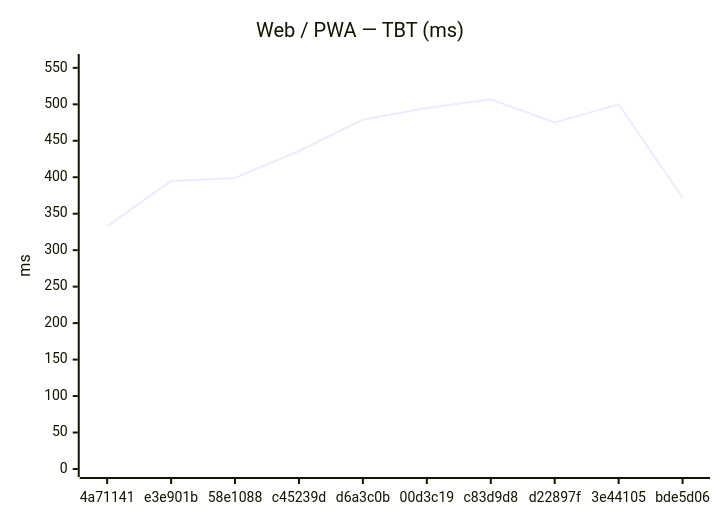
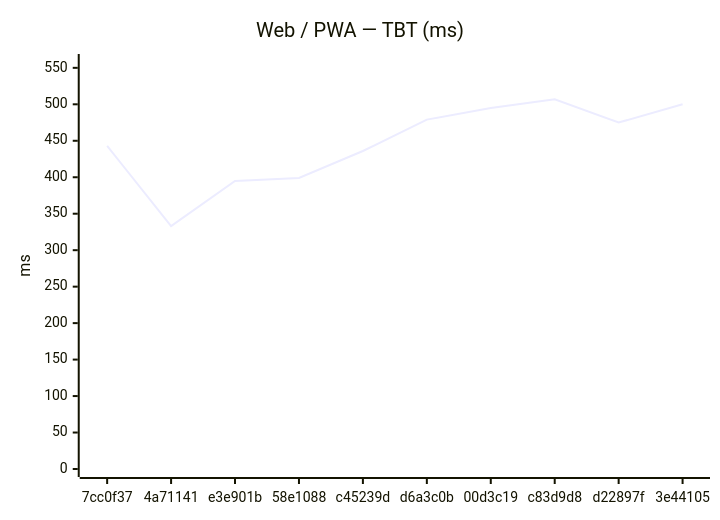
One commit to Metaheurist/Rianell changed the second of 18 diagrams in benchmarks/compare.md. Above: the diagram before and after it, drawn with Mermaid. The commit also changed other lines of this file and 11 other files, not shown here.

````diff
--- a/benchmarks/compare.md
+++ b/benchmarks/compare.md
@@ -31,7 +31,7 @@
 ```mermaid
 xychart-beta
     title "Web / PWA — TBT (ms)"
-    x-axis ["4a71141", "e3e901b", "58e1088", "c45239d", "d6a3c0b", "00d3c19", "c83d9d8", "d22897f", "3e44105", "bde5d06"]
+    x-axis ["7cc0f37", "4a71141", "e3e901b", "58e1088", "c45239d", "d6a3c0b", "00d3c19", "c83d9d8", "d22897f", "3e44105"]
     y-axis "ms" 0 --> 558
-    line [333, 395, 399, 436, 479, 495, 507, 475, 500, 372]
+    line [443, 333, 395, 399, 436, 479, 495, 507, 475, 500]
 ```
````
